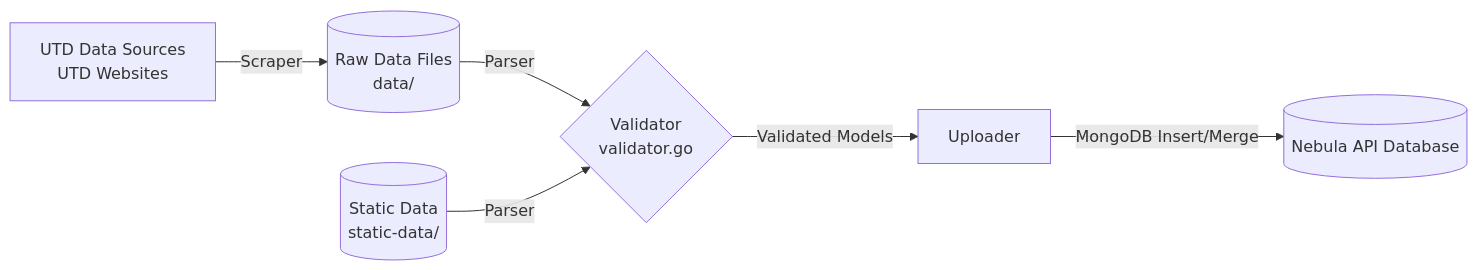
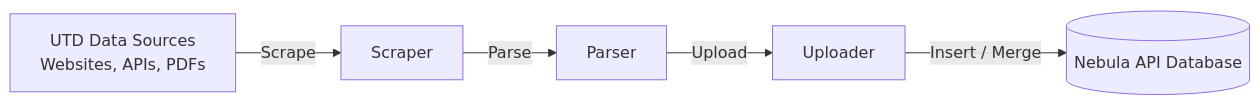
Before and after one commit to UTDNebula/api-tools: the diagram in docs/Project-Architecture.md, drawn with Mermaid.

Commit message:
Upade Project-Architecture.md

````diff
--- a/docs/Project-Architecture.md
+++ b/docs/Project-Architecture.md
@@ -12,8 +12,7 @@
 ```mermaid
 flowchart LR
-    A[UTD Data Sources\nUTD Websites] -->|Scraper| B[(Raw Data Files\ndata/)]
-    B -->|Parser| C{Validator\nvalidator.go}
-    D[(Static Data\nstatic-data/)] -->|Parser| C
-    C -->|Validated Models| E[Uploader]
-    E -->|MongoDB Insert/Merge| F[(Nebula API Database)]
+    A[UTD Data Sources<br/>Websites, APIs, PDFs] -->|Scrape| B[Scraper]
+    B -->|Parse| C[Parser]
+    C -->|Upload| D[Uploader]
+    D -->|Insert / Merge| E[(Nebula API Database)]
 ```
````
